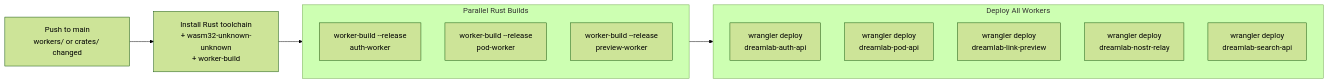
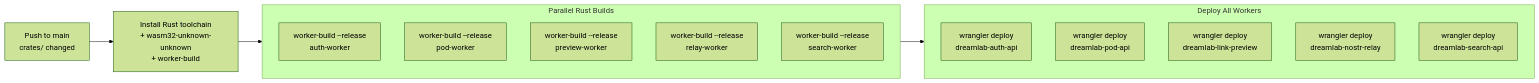
The third of 3 diagrams in docs/deployment/README.md (DreamLab-AI/dreamlab-ai-website), drawn with Mermaid (forest theme) before and after one commit. The commit also changed other lines of this file and 32 other files, not shown here.

````diff
--- a/docs/deployment/README.md
+++ b/docs/deployment/README.md
@@ -115,24 +112,26 @@
 ```mermaid
 flowchart LR
-    PUSH[Push to main<br/>workers/ or crates/ changed] --> SETUP[Install Rust toolchain<br/>+ wasm32-unknown-unknown<br/>+ worker-build]
+    PUSH[Push to main<br/>crates/ changed] --> SETUP[Install Rust toolchain<br/>+ wasm32-unknown-unknown<br/>+ worker-build]
 
     SETUP --> RUST_BUILD
 
     subgraph RUST_BUILD [Parallel Rust Builds]
         direction TB
         AUTH_BUILD[worker-build --release<br/>auth-worker]
         POD_BUILD[worker-build --release<br/>pod-worker]
         PREVIEW_BUILD[worker-build --release<br/>preview-worker]
+        RELAY_BUILD[worker-build --release<br/>relay-worker]
+        SEARCH_BUILD[worker-build --release<br/>search-worker]
     end
 
     RUST_BUILD --> DEPLOY_ALL
 
     subgraph DEPLOY_ALL [Deploy All Workers]
         direction TB
         DEPLOY_AUTH[wrangler deploy<br/>dreamlab-auth-api]
         DEPLOY_POD[wrangler deploy<br/>dreamlab-pod-api]
         DEPLOY_PREVIEW[wrangler deploy<br/>dreamlab-link-preview]
         DEPLOY_RELAY[wrangler deploy<br/>dreamlab-nostr-relay]
         DEPLOY_SEARCH[wrangler deploy<br/>dreamlab-search-api]
     end
 ```
````
